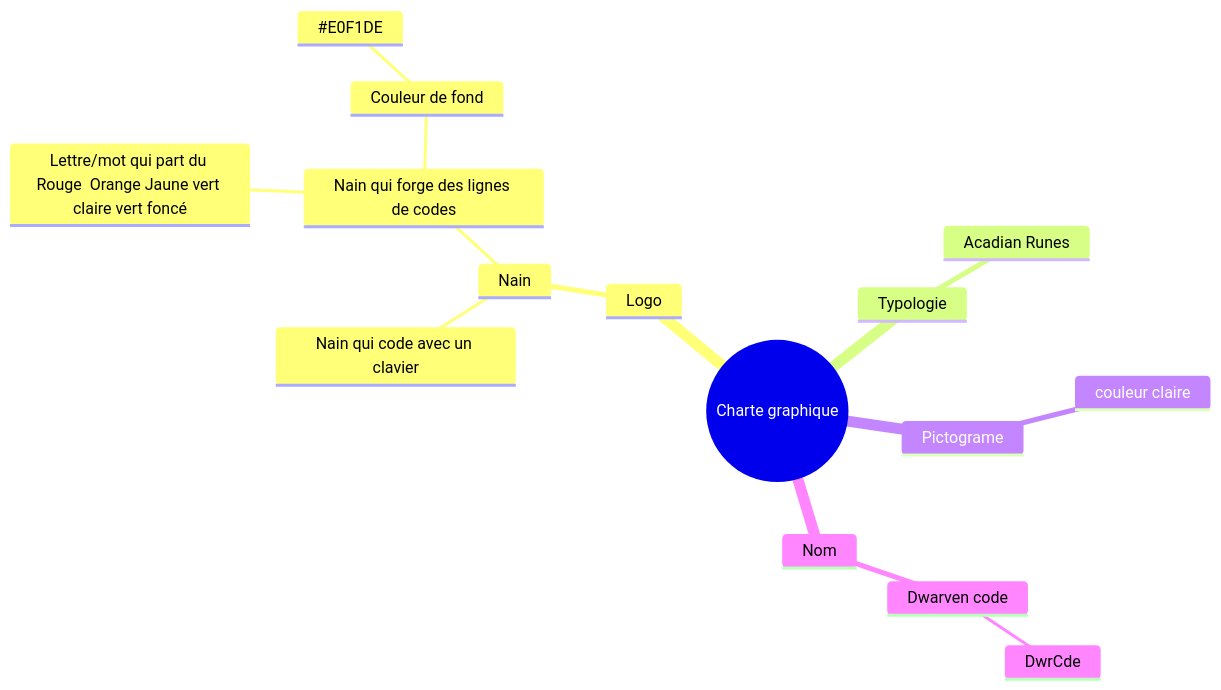
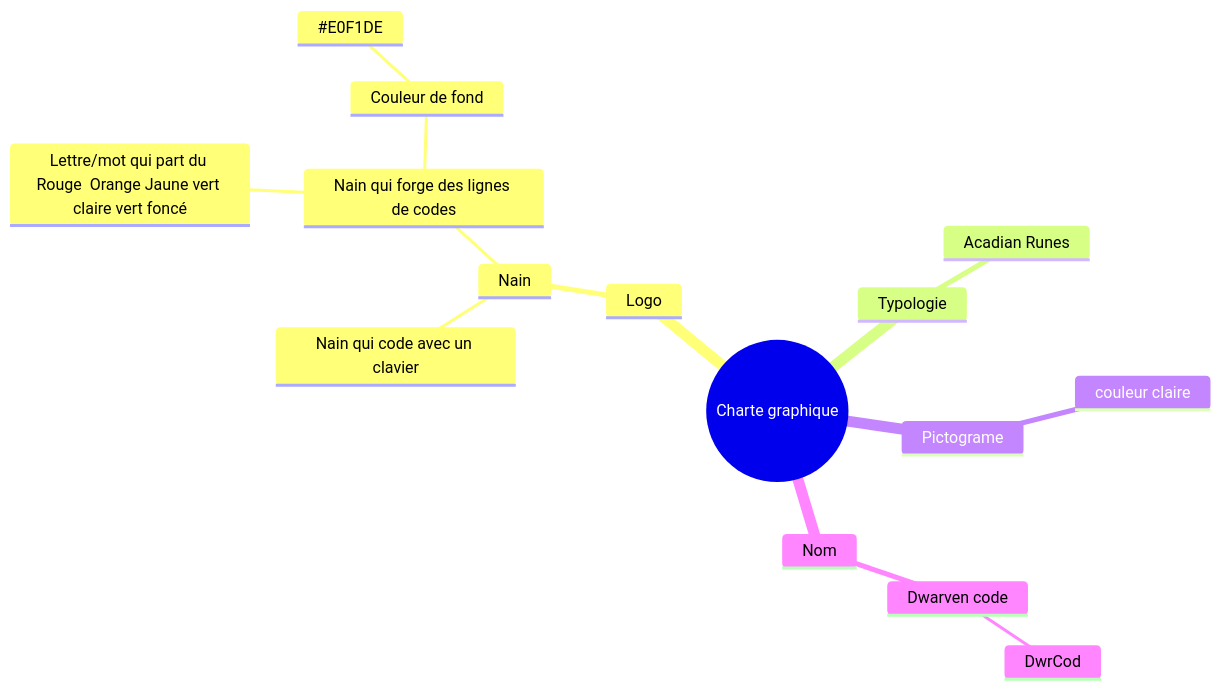
One commit to Slloth/identit--entreprise changed the diagram in readme.md. Above: the diagram before and after it, drawn with Mermaid.

````diff
--- a/readme.md
+++ b/readme.md
@@ -1,20 +1,20 @@
 ```mermaid
 mindmap
   root((Charte graphique))
     Logo
         Nain
             Nain qui code avec un clavier
             Nain qui forge des lignes de codes
                 Lettre/mot qui part du Rouge  Orange Jaune vert claire vert foncé
                 Couleur de fond
                     #E0F1DE
 
     Typologie
         Acadian Runes
     Pictograme
         couleur claire
             
     Nom
         Dwarven code
-          DwrCde
+          DwrCod
 ```
````
